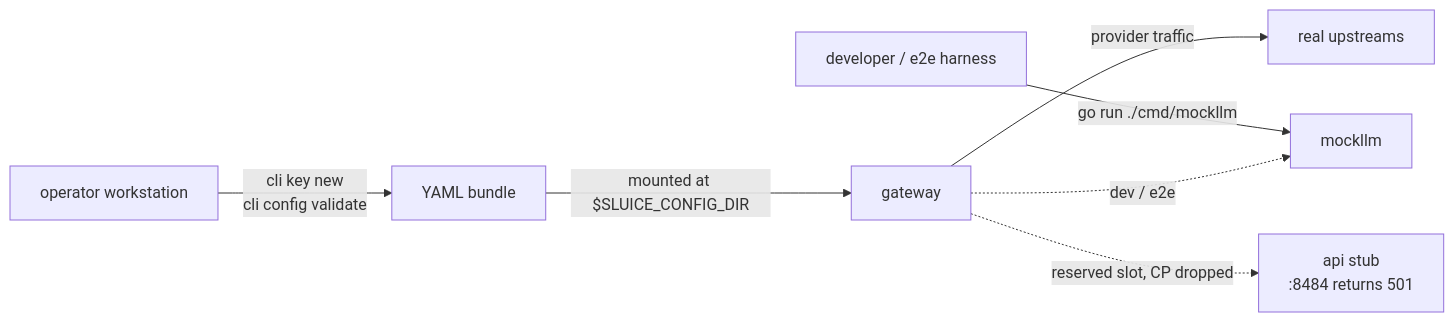
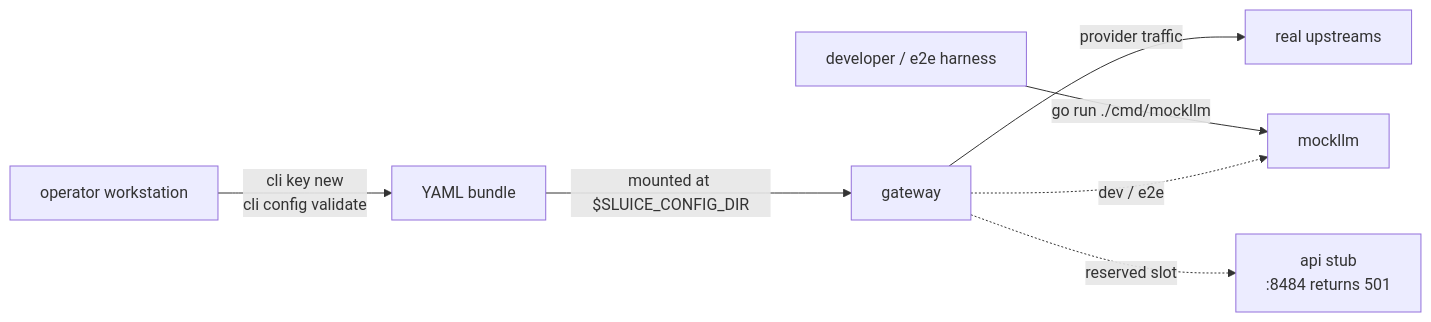
One commit to andyjmorgan/slipspace-gateway changed the diagram in docs/auxiliary-binaries.md. Above: the diagram before and after it, drawn with Mermaid. The commit also changed other lines of this file and 2 other files, not shown here.

````diff
--- a/docs/auxiliary-binaries.md
+++ b/docs/auxiliary-binaries.md
@@ -31,9 +31,9 @@
 ```mermaid
 flowchart LR
     Op[operator workstation] -->|"cli key new<br/>cli config validate"| YAML[YAML bundle]
     YAML -->|"mounted at $SLUICE_CONFIG_DIR"| GW[gateway]
     GW -->|provider traffic| Up[real upstreams]
     Dev[developer / e2e harness] -->|"go run ./cmd/mockllm"| MOCK[mockllm]
     GW -. dev / e2e .-> MOCK
-    GW -. reserved slot, CP dropped .-> API[api stub<br/>:8484 returns 501]
+    GW -. reserved slot .-> API[api stub<br/>:8484 returns 501]
 ```
````
